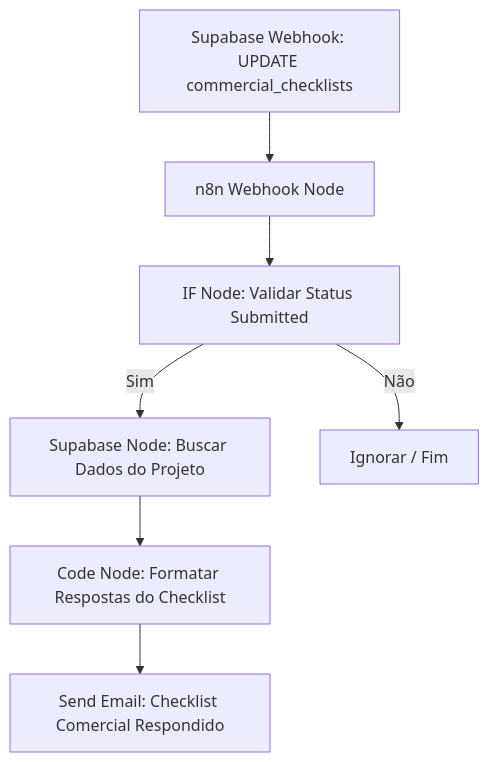
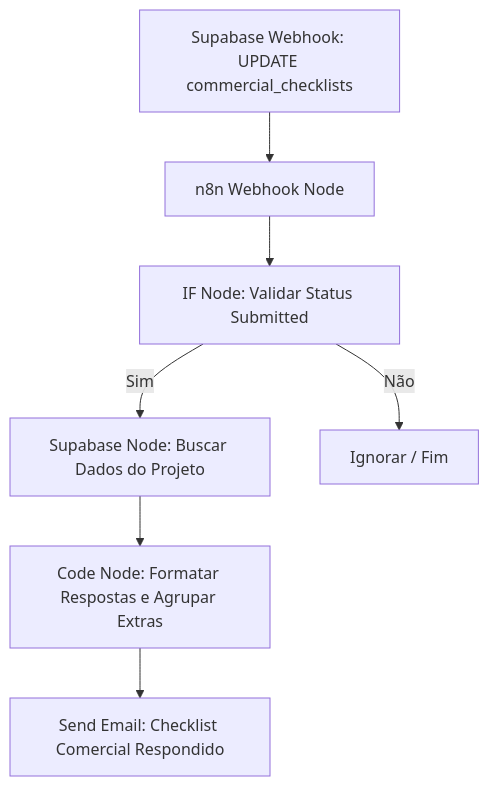
One commit to marcusvpo/siplan-implantacao-secondbrain changed the fourth of 5 diagrams in 0-Em Andamento/Guia Passo a Passo - Automações de E-mail Siplan HUB.md. Above: the diagram before and after it, drawn with Mermaid. The commit also changed other lines of this file and 6 other files, not shown here.

````diff
--- a/0-Em Andamento/Guia Passo a Passo - Automações de E-mail Siplan HUB.md
+++ b/0-Em Andamento/Guia Passo a Passo - Automações de E-mail Siplan HUB.md
@@ -845,9 +880,9 @@
 ```mermaid
 graph TD
     A[Supabase Webhook: UPDATE commercial_checklists] --> B[n8n Webhook Node]
     B --> C[IF Node: Validar Status Submitted]
     C -- Sim --> D[Supabase Node: Buscar Dados do Projeto]
-    D --> E[Code Node: Formatar Respostas do Checklist]
+    D --> E[Code Node: Formatar Respostas e Agrupar Extras]
     E --> F[Send Email: Checklist Comercial Respondido]
     C -- Não --> G[Ignorar / Fim]
 ```
````
